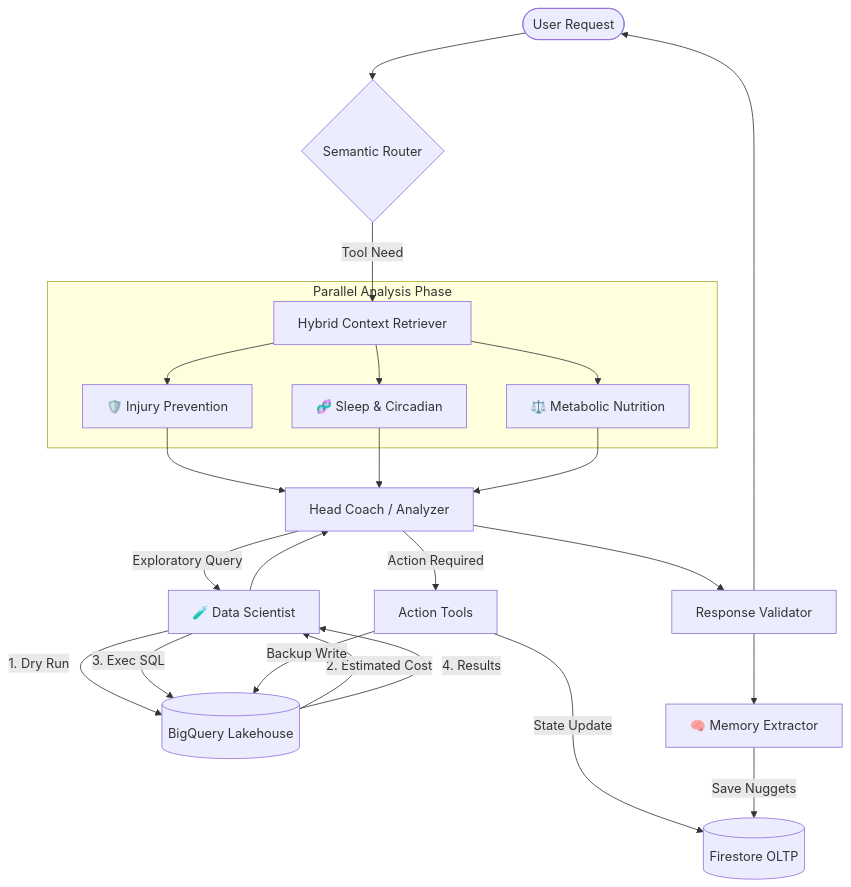
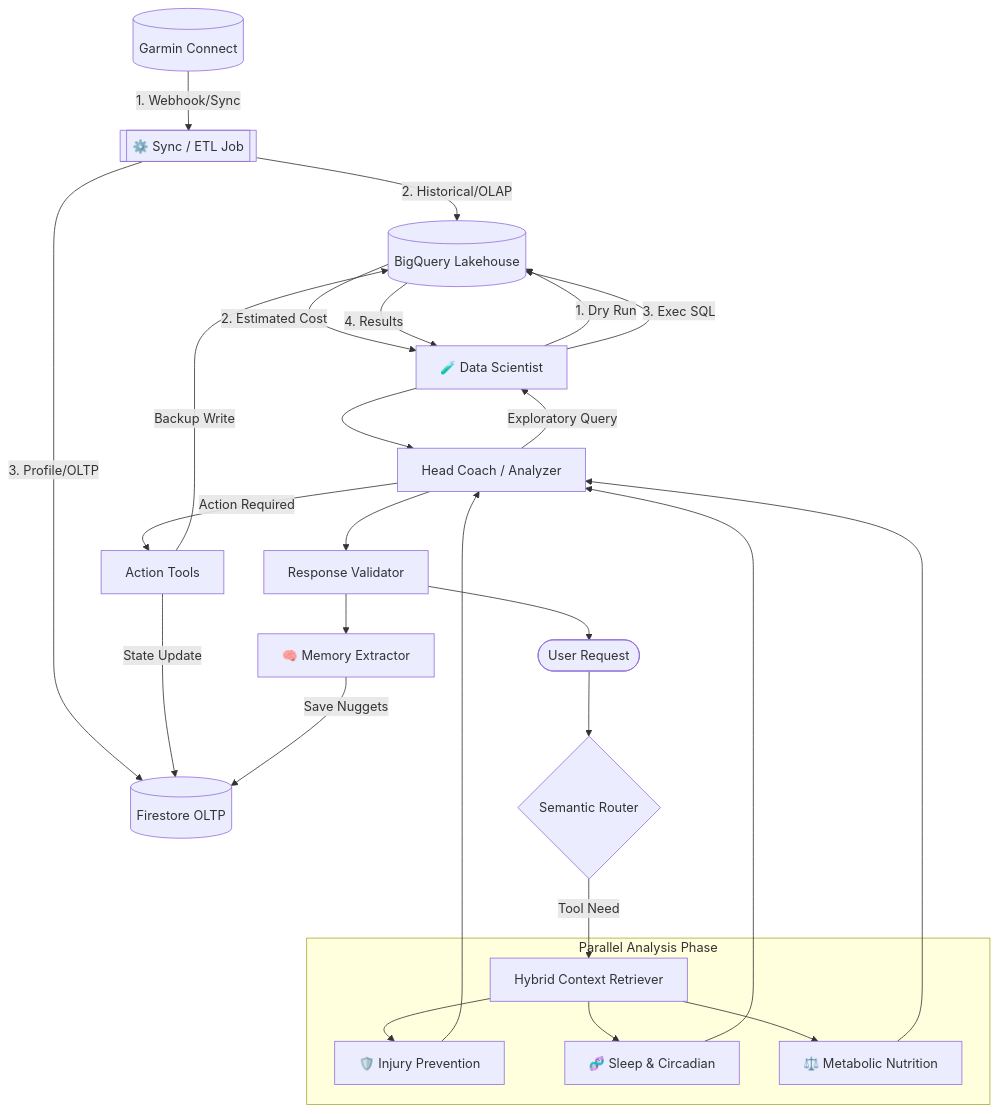
Before and after one commit to restrok/biometric-ai-platform: the diagram in docs/architecture-plan.md, drawn with Mermaid. The commit also changed other lines of this file and 13 other files, not shown here.

First line of the commit message:
feat: migrate to Gemini 3.1 Flash Lite, standardize English, and improve architectural resilience

````diff
--- a/docs/architecture-plan.md
+++ b/docs/architecture-plan.md
@@ -142,31 +142,36 @@
 ```mermaid
 graph TD
+    %% Data Ingestion Flow
+    Garmin[(Garmin Connect)] -- 1. Webhook/Sync --> ETL[[⚙️ Sync / ETL Job]]
+    ETL -- 2. Historical/OLAP --> BQ
+    ETL -- 3. Profile/OLTP --> FS
+
     User([User Request]) --> Router{Semantic Router}
     Router -- Tool Need --> Retriever[Hybrid Context Retriever]
     
     subgraph Parallel Analysis Phase
         Retriever --> Injury[🛡️ Injury Prevention]
         Retriever --> Sleep[🧬 Sleep & Circadian]
         Retriever --> Nutrition[⚖️ Metabolic Nutrition]
     end
     
     Injury --> Analyzer[Head Coach / Analyzer]
     Sleep --> Analyzer
     Nutrition --> Analyzer
     
     Analyzer -- Exploratory Query --> DS[🧪 Data Scientist]
     DS -- 1. Dry Run --> BQ[(BigQuery Lakehouse)]
     BQ -- 2. Estimated Cost --> DS
     DS -- 3. Exec SQL --> BQ
     BQ -- 4. Results --> DS
     DS --> Analyzer
     
     Analyzer -- Action Required --> Tools[Action Tools]
     Tools -- State Update --> FS[(Firestore OLTP)]
     Tools -- Backup Write --> BQ
     
     Analyzer --> Validator[Response Validator]
     Validator --> Extractor[🧠 Memory Extractor]
     Extractor -- Save Nuggets --> FS
     Validator --> User
 ```
````
